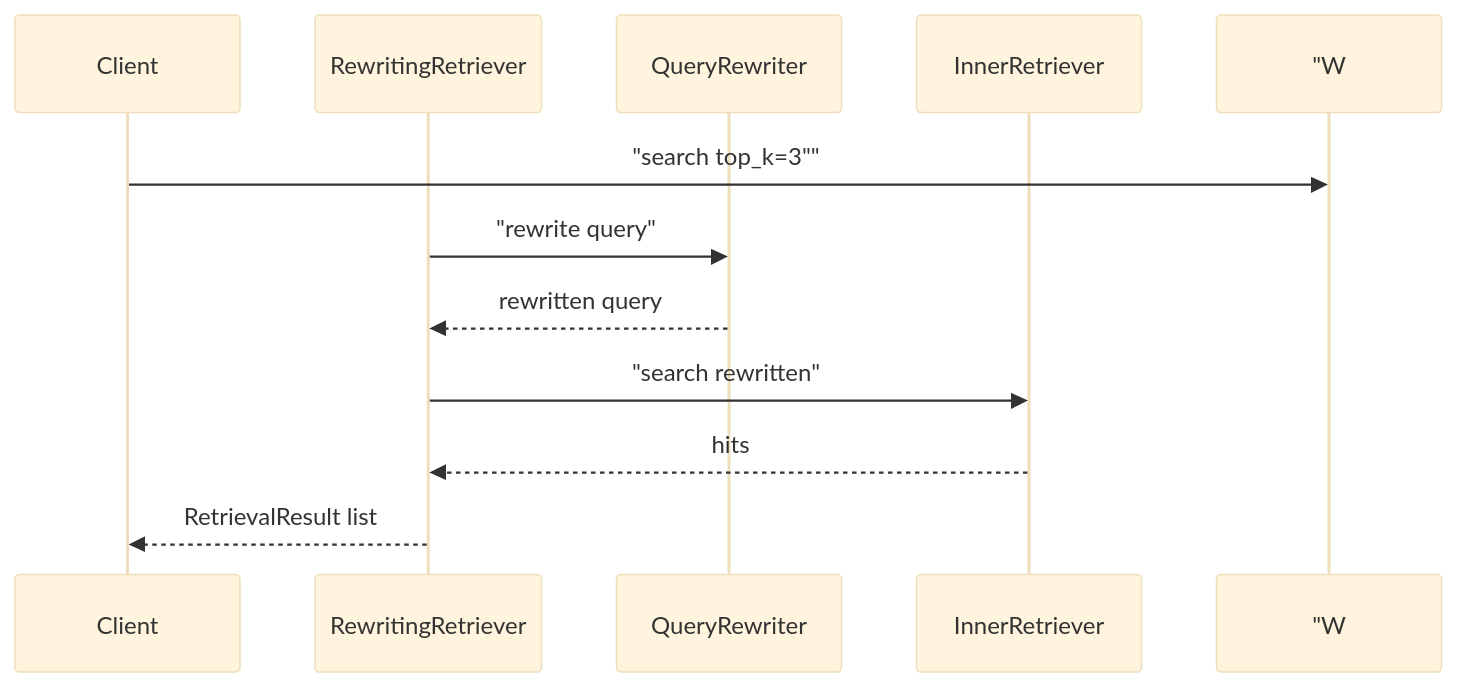
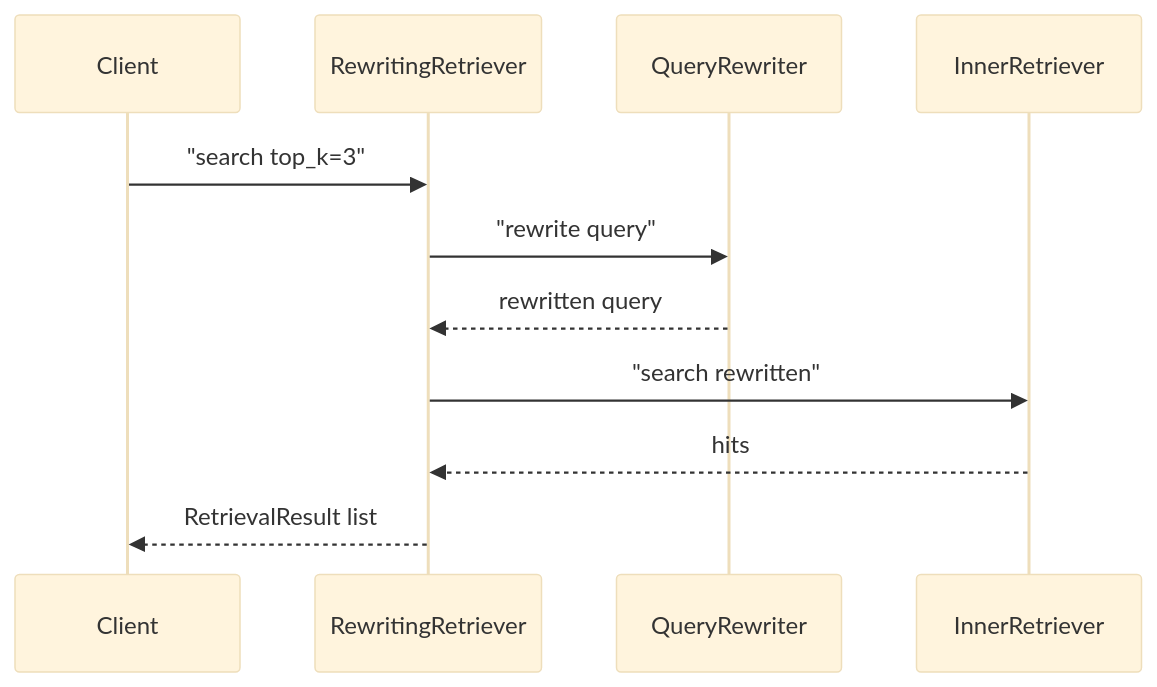
One commit to ab6539763/70_days_course_plus changed the first of 2 diagrams in course/day33/04_流程图与示意图.md. Above: the diagram before and after it, drawn with Mermaid (base theme). The commit also changed 80 other files, not shown here.

First line of the commit message:
fix(course): 修复 Mermaid 图表渲染报错 + 同步嵌入代码快照

````diff
--- a/course/day33/04_流程图与示意图.md
+++ b/course/day33/04_流程图与示意图.md
@@ -5,13 +5,13 @@
 ```mermaid
 sequenceDiagram
     participant U as Client
     participant W as RewritingRetriever
     participant Q as QueryRewriter
     participant I as InnerRetriever
-    U->> "W: "search top_k=3""
+    U->>W: "search top_k=3"
     W->>Q: "rewrite query"
     Q-->>W: rewritten query
     W->>I: "search rewritten"
     I-->>W: hits
     W-->>U: RetrievalResult list
 ```
````
